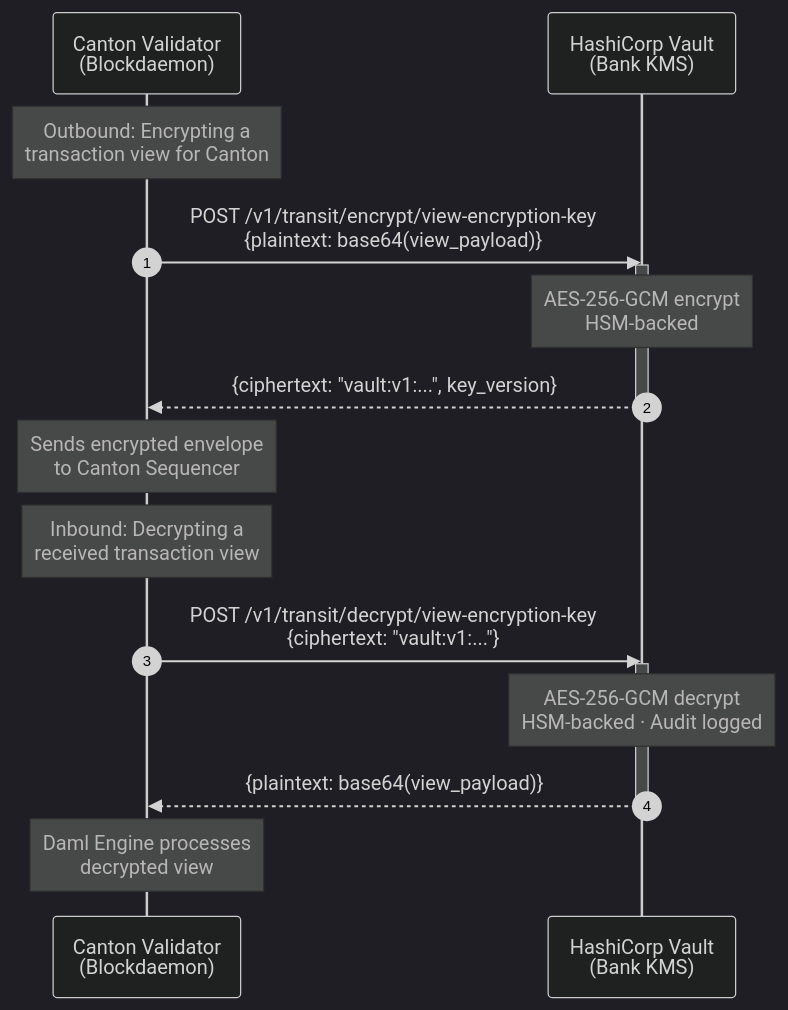
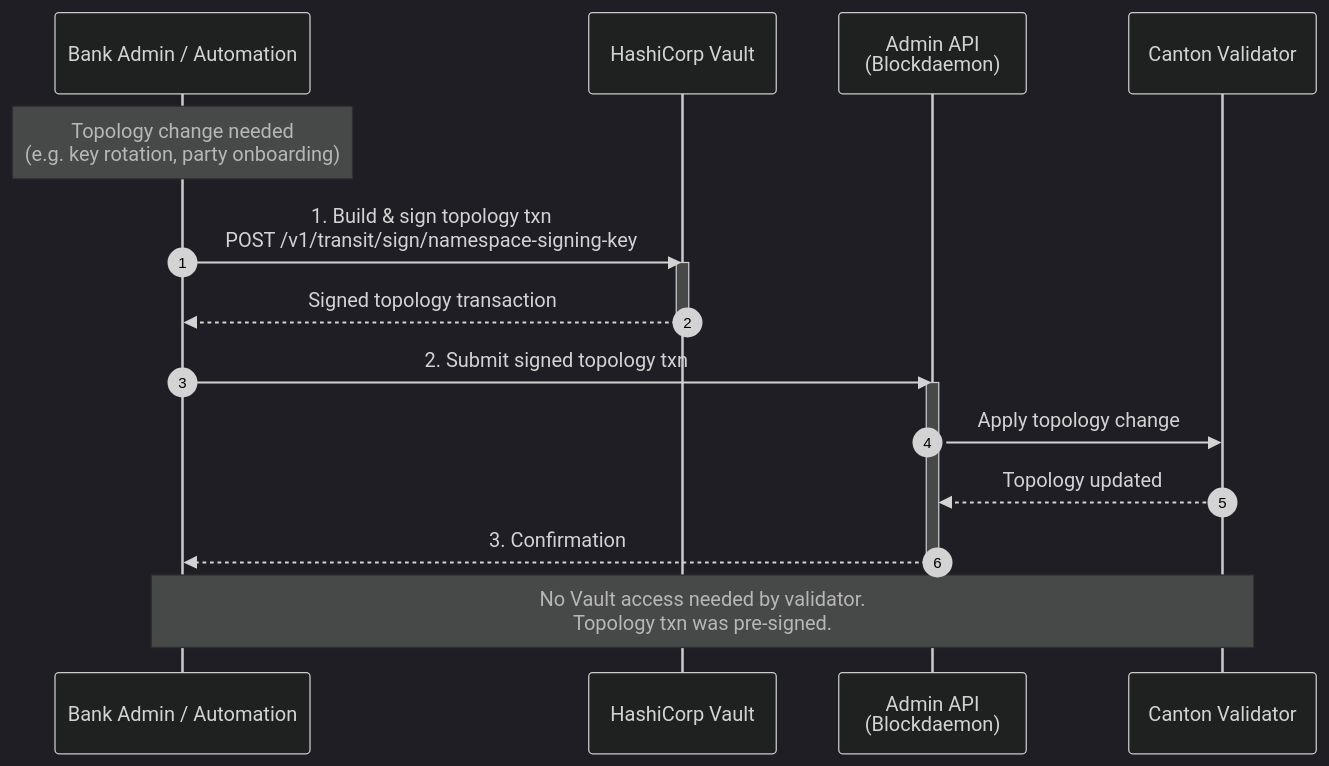
Before and after one commit to sickle5stone/canton: the fifth of 8 diagrams in vault-blockdaemon-kms-architecture.md, drawn with Mermaid (dark theme). The commit also changed other lines of this file and 5 other files, not shown here.

First line of the commit message:
Rewrite KMS architecture: one-time key provisioning with full segregation

````diff
--- a/vault-blockdaemon-kms-architecture.md
+++ b/vault-blockdaemon-kms-architecture.md
@@ -190,24 +258,24 @@
 ```mermaid
 sequenceDiagram
     autonumber
-    participant VALIDATOR as Canton Validator<br/>(Blockdaemon)
-    participant VAULT as HashiCorp Vault<br/>(Bank KMS)
+    participant ADMIN as Bank Admin / Automation
+    participant VAULT as HashiCorp Vault
+    participant AAPI as Admin API<br/>(Blockdaemon)
+    participant VALIDATOR as Canton Validator
 
-    Note over VALIDATOR: Outbound: Encrypting a<br/>transaction view for Canton
+    Note over ADMIN: Topology change needed<br/>(e.g. key rotation, party onboarding)
 
-    VALIDATOR->>VAULT: POST /v1/transit/encrypt/view-encryption-key<br/>{plaintext: base64(view_payload)}
+    ADMIN->>VAULT: 1. Build & sign topology txn<br/>POST /v1/transit/sign/namespace-signing-key
     activate VAULT
-    Note over VAULT: AES-256-GCM encrypt<br/>HSM-backed
-    VAULT-->>VALIDATOR: {ciphertext: "vault:v1:...", key_version}
+    VAULT-->>ADMIN: Signed topology transaction
     deactivate VAULT
-    Note over VALIDATOR: Sends encrypted envelope<br/>to Canton Sequencer
 
-    Note over VALIDATOR: Inbound: Decrypting a<br/>received transaction view
+    ADMIN->>AAPI: 2. Submit signed topology txn
+    activate AAPI
+    AAPI->>VALIDATOR: Apply topology change
+    VALIDATOR-->>AAPI: Topology updated
+    AAPI-->>ADMIN: 3. Confirmation
+    deactivate AAPI
 
-    VALIDATOR->>VAULT: POST /v1/transit/decrypt/view-encryption-key<br/>{ciphertext: "vault:v1:..."}
-    activate VAULT
-    Note over VAULT: AES-256-GCM decrypt<br/>HSM-backed · Audit logged
-    VAULT-->>VALIDATOR: {plaintext: base64(view_payload)}
-    deactivate VAULT
-    Note over VALIDATOR: Daml Engine processes<br/>decrypted view
+    Note over ADMIN,VALIDATOR: No Vault access needed by validator.<br/>Topology txn was pre-signed.
 ```
````
